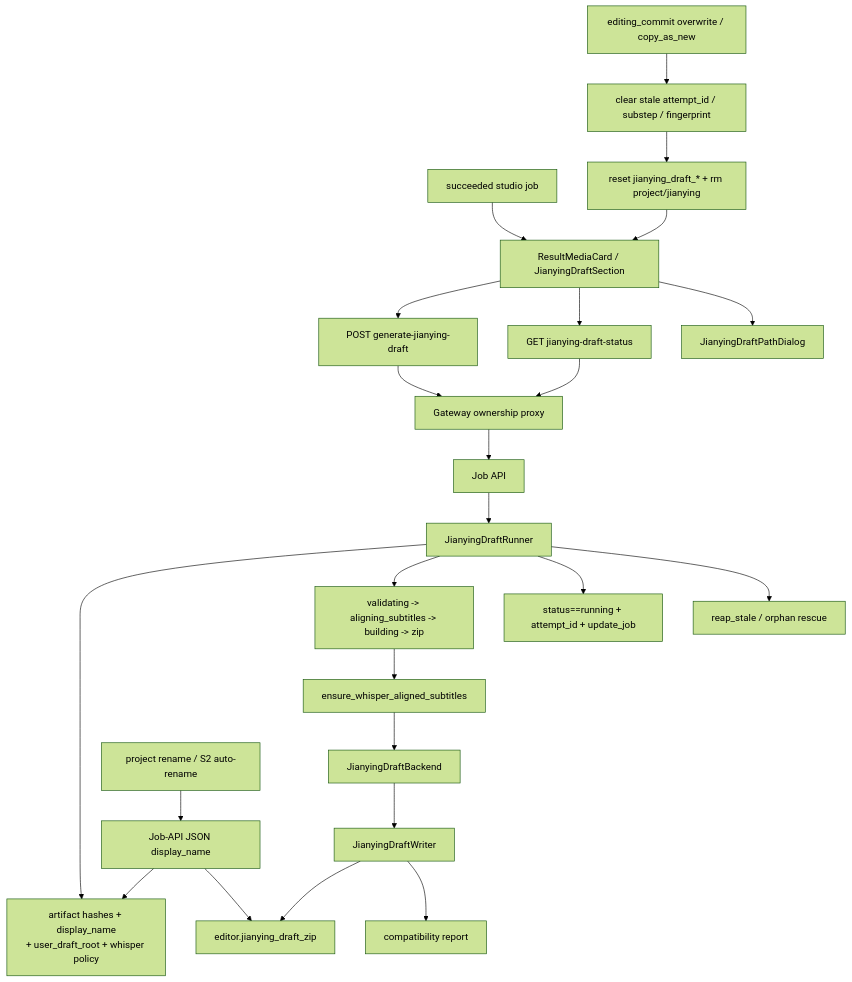
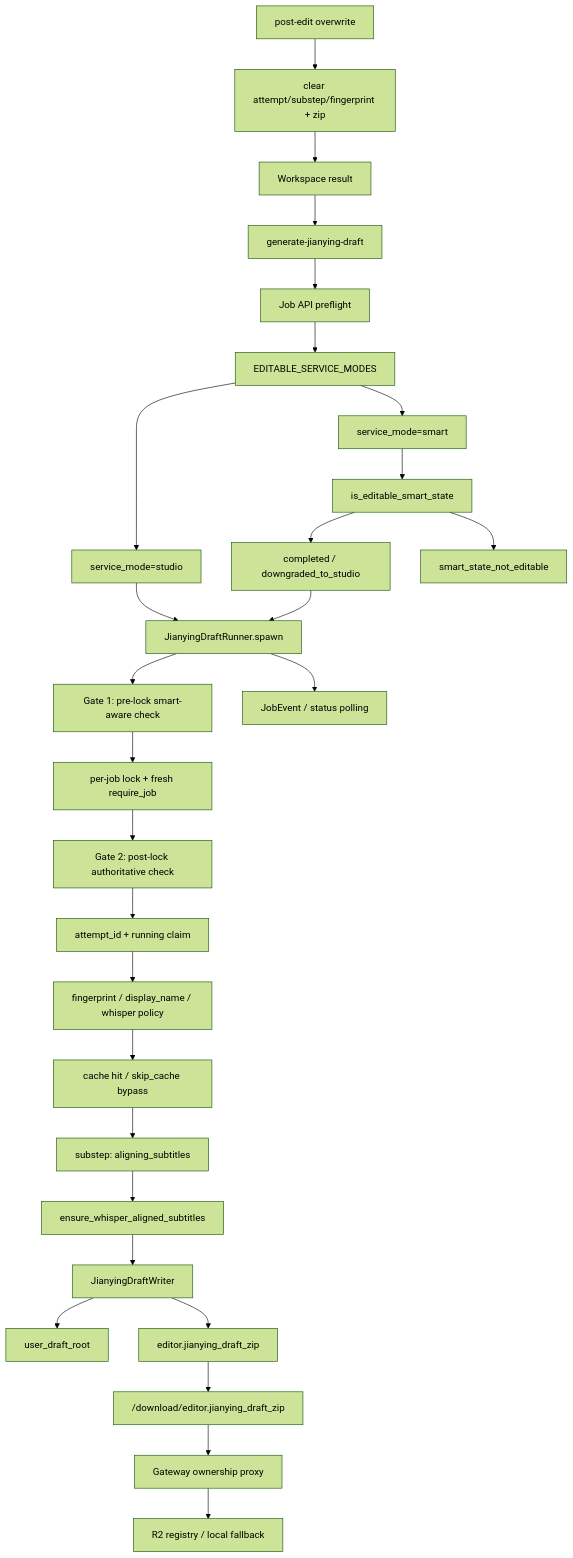
One commit to sun9bear/AITransVideo changed the diagram in docs/graphs/GITNEXUS_JIANYING_DRAFT_DELIVERY_GRAPH.md. Above: the diagram before and after it, drawn with Mermaid (forest theme). The commit also changed other lines of this file and 12 other files, not shown here.

Commit message:
docs(graphs): refresh GitNexus graphs to d56ac1c

````diff
--- a/docs/graphs/GITNEXUS_JIANYING_DRAFT_DELIVERY_GRAPH.md
+++ b/docs/graphs/GITNEXUS_JIANYING_DRAFT_DELIVERY_GRAPH.md
@@ -16,31 +18,33 @@
 ```mermaid
 graph TD
-    StudioJob["succeeded studio job"] --> ResultUI["ResultMediaCard / JianyingDraftSection"]
-    ResultUI --> Trigger["POST generate-jianying-draft"]
-    ResultUI --> Poll["GET jianying-draft-status"]
-    ResultUI --> Dialog["JianyingDraftPathDialog"]
+    ResultUI["Workspace result"] --> Trigger["generate-jianying-draft"]
+    Trigger --> ApiPreflight["Job API preflight"]
+    ApiPreflight --> ModeGate["EDITABLE_SERVICE_MODES"]
+    ModeGate --> Studio["service_mode=studio"]
+    ModeGate --> Smart["service_mode=smart"]
+    Smart --> SmartState["is_editable_smart_state"]
+    SmartState --> SmartOk["completed / downgraded_to_studio"]
+    SmartState --> SmartReject["smart_state_not_editable"]
 
-    Trigger --> Gateway["Gateway ownership proxy"]
-    Poll --> Gateway
-    Gateway --> JobApi["Job API"]
+    Studio --> Runner["JianyingDraftRunner.spawn"]
+    SmartOk --> Runner
+    Runner --> Gate1["Gate 1: pre-lock smart-aware check"]
+    Gate1 --> Lock["per-job lock + fresh require_job"]
+    Lock --> Gate2["Gate 2: post-lock authoritative check"]
+    Gate2 --> Claim["attempt_id + running claim"]
+    Claim --> Fingerprint["fingerprint / display_name / whisper policy"]
+    Fingerprint --> Cache["cache hit / skip_cache bypass"]
+    Cache --> AlignStep["substep: aligning_subtitles"]
+    AlignStep --> Ensure["ensure_whisper_aligned_subtitles"]
+    Ensure --> Writer["JianyingDraftWriter"]
+    Writer --> UserRoot["user_draft_root"]
+    Writer --> Zip["editor.jianying_draft_zip"]
 
-    JobApi --> Runner["JianyingDraftRunner"]
-    Runner --> Fingerprint["artifact hashes + display_name<br/>+ user_draft_root + whisper policy"]
-    Runner --> Substeps["validating -> aligning_subtitles -> building -> zip"]
-    Runner --> Guards["status==running + attempt_id + update_job"]
-    Runner --> Rescue["reap_stale / orphan rescue"]
+    Runner --> Events["JobEvent / status polling"]
+    Zip --> Download["/download/editor.jianying_draft_zip"]
+    Download --> Gateway["Gateway ownership proxy"]
+    Gateway --> Storage["R2 registry / local fallback"]
 
-    Substeps --> Ensure["ensure_whisper_aligned_subtitles"]
-    Ensure --> Backend["JianyingDraftBackend"]
-    Backend --> Writer["JianyingDraftWriter"]
-    Writer --> Zip["editor.jianying_draft_zip"]
-    Writer --> Report["compatibility report"]
-
-    Rename["project rename / S2 auto-rename"] --> DisplayName["Job-API JSON display_name"]
-    DisplayName --> Fingerprint
-    DisplayName --> Zip
-
-    PostEdit["editing_commit overwrite / copy_as_new"] --> Retire["clear stale attempt_id / substep / fingerprint"]
-    Retire --> Reset["reset jianying_draft_* + rm project/jianying"]
-    Reset --> ResultUI
+    EditCommit["post-edit overwrite"] --> Invalidate["clear attempt/substep/fingerprint + zip"]
+    Invalidate --> ResultUI
 ```
````
